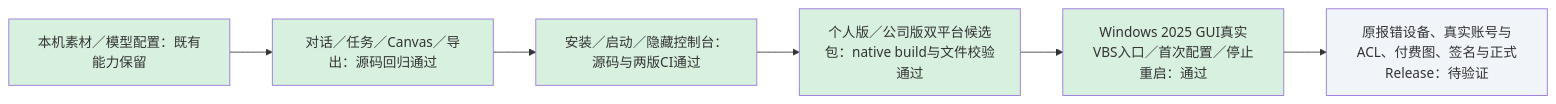
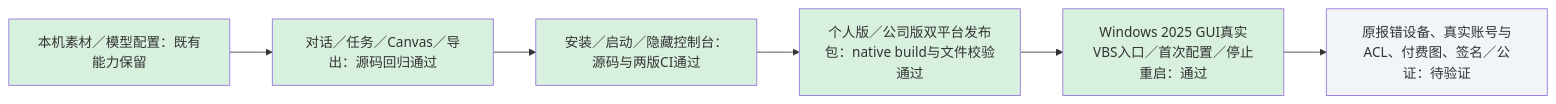
One commit to akechi0819-lgtm/creative-Agent-studio changed the first of 2 diagrams in docs/工程进度.md. Above: the diagram before and after it, drawn with Mermaid. The commit also changed other lines of this file and 3 other files, not shown here.

````diff
--- a/docs/工程进度.md
+++ b/docs/工程进度.md
@@ -49,14 +49,14 @@
 ```mermaid
 flowchart LR
   M["本机素材／模型配置：既有能力保留"] --> T["对话／任务／Canvas／导出：源码回归通过"]
   T --> S["安装／启动／隐藏控制台：源码与两版CI通过"]
-  S --> P["个人版／公司版双平台候选包：native build与文件校验通过"]
+  S --> P["个人版／公司版双平台发布包：native build与文件校验通过"]
   P --> U["Windows 2025 GUI真实VBS入口／首次配置／停止重启：通过"]
-  U --> X["原报错设备、真实账号与ACL、付费图、签名与正式Release：待验证"]
+  U --> X["原报错设备、真实账号与ACL、付费图、签名／公证：待验证"]
   style M fill:#d8f1df
   style T fill:#d8f1df
   style S fill:#d8f1df
   style P fill:#d8f1df
   style U fill:#d8f1df
   style X fill:#f1f5f9
 ```
````
